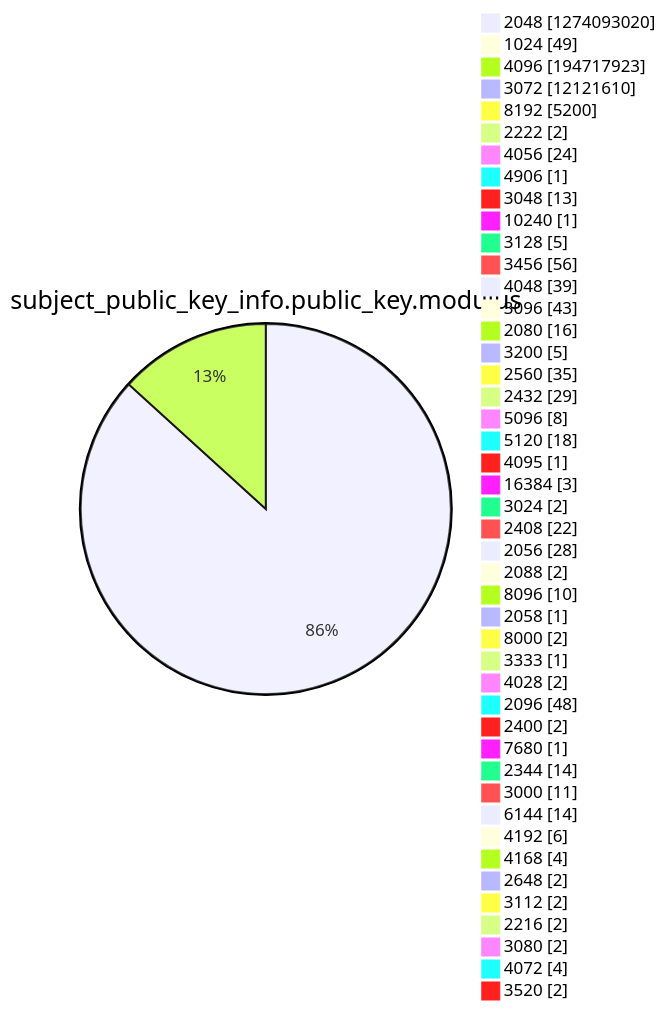
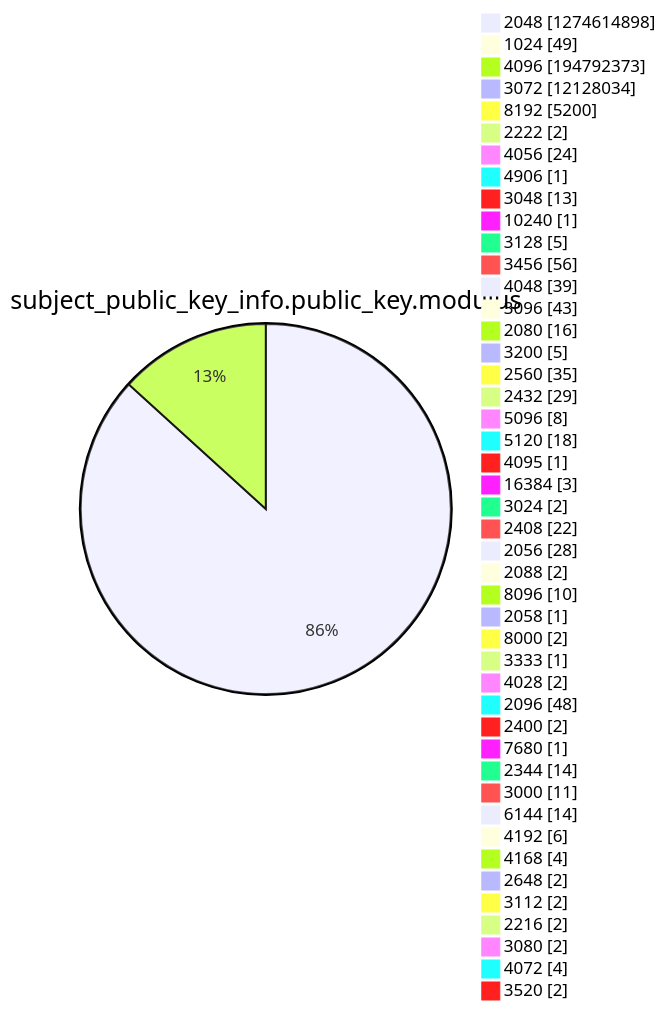
Before and after one commit to christiankrug/ctmonitor_visualization: diagram 13 of 15 in xenon2022/README.md, drawn with Mermaid. The commit also changed other lines of this file, not shown here.

````diff
--- a/xenon2022/README.md
+++ b/xenon2022/README.md
@@ -3920,49 +3920,49 @@
 ```mermaid
 pie showData
 title subject_public_key_info.public_key.modulus
-"2048" :1274093020
+"2048" :1274614898
 "1024" :49
-"4096" :194717923
-"3072" :12121610
+"4096" :194792373
+"3072" :12128034
 "8192" :5200
 "2222" :2
 "4056" :24
 "4906" :1
 "3048" :13
 "10240" :1
 "3128" :5
 "3456" :56
 "4048" :39
 "3096" :43
 "2080" :16
 "3200" :5
 "2560" :35
 "2432" :29
 "5096" :8
 "5120" :18
 "4095" :1
 "16384" :3
 "3024" :2
 "2408" :22
 "2056" :28
 "2088" :2
 "8096" :10
 "2058" :1
 "8000" :2
 "3333" :1
 "4028" :2
 "2096" :48
 "2400" :2
 "7680" :1
 "2344" :14
 "3000" :11
 "6144" :14
 "4192" :6
 "4168" :4
 "2648" :2
 "3112" :2
 "2216" :2
 "3080" :2
 "4072" :4
 "3520" :2
 ```
````
